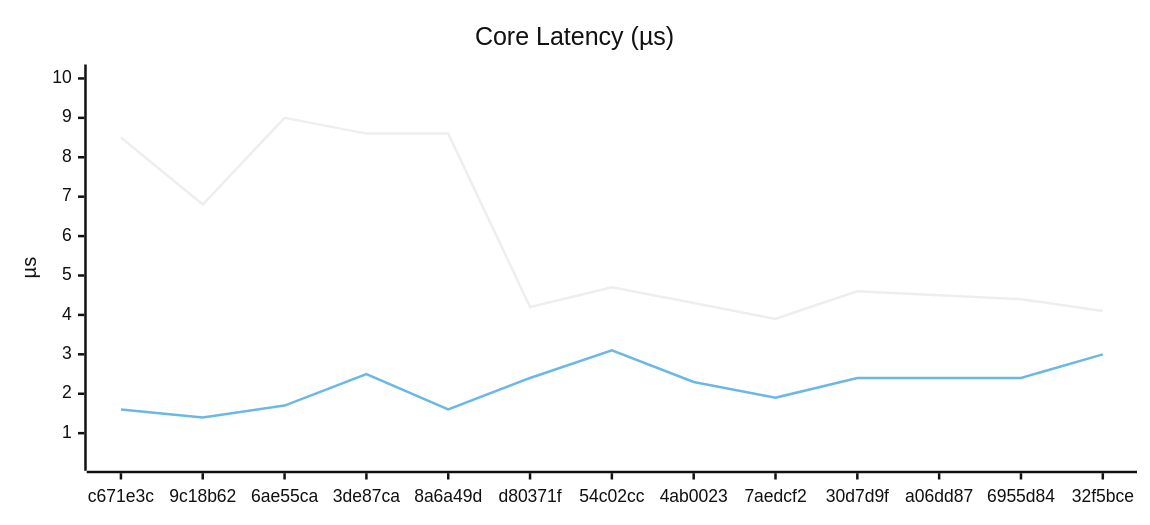
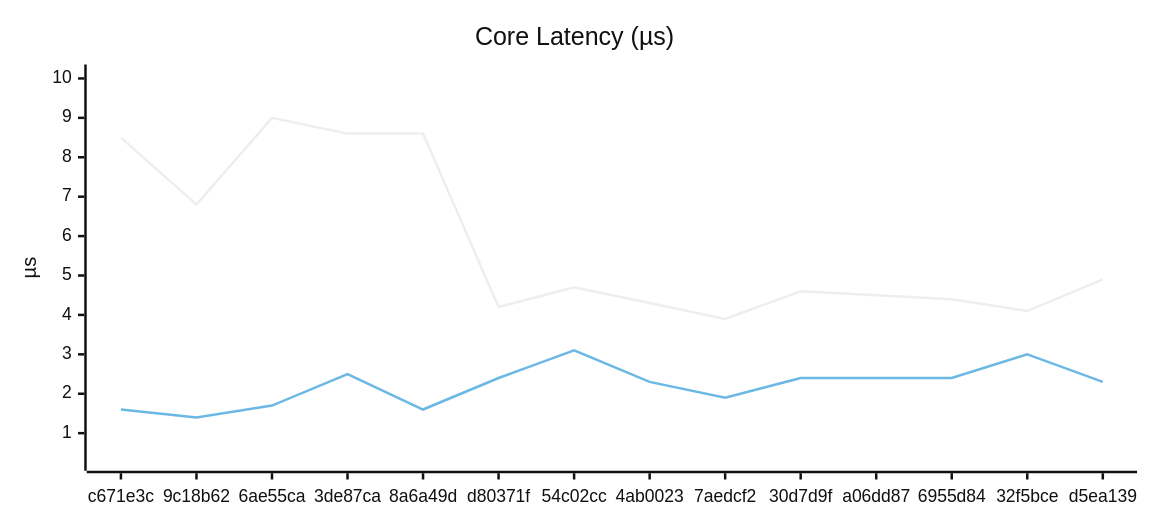
Before and after one commit to Ikolvi/titan: the first of 6 diagrams in docs/BENCHMARKS.md, drawn with Mermaid (neutral theme). The commit also changed other lines of this file, not shown here.

````diff
--- a/docs/BENCHMARKS.md
+++ b/docs/BENCHMARKS.md
@@ -61,15 +62,15 @@
 ```mermaid
 ---
 config:
     xyChart:
         width: 900
         height: 400
         plotColorPalette: "#4e79a7, #f28e2c, #e15759, #76b7b2, #59a14f, #edc949"
 ---
 xychart-beta
     title "Core Latency (µs)"
-    x-axis ["c671e3c", "9c18b62", "6ae55ca", "3de87ca", "8a6a49d", "d80371f", "54c02cc", "4ab0023", "7aedcf2", "30d7d9f", "a06dd87", "6955d84", "32f5bce"]
+    x-axis ["c671e3c", "9c18b62", "6ae55ca", "3de87ca", "8a6a49d", "d80371f", "54c02cc", "4ab0023", "7aedcf2", "30d7d9f", "a06dd87", "6955d84", "32f5bce", "d5ea139"]
     y-axis "µs" 0.3 --> 10.1
-    line [8.5, 6.8, 9.0, 8.6, 8.6, 4.2, 4.7, 4.3, 3.9, 4.6, 4.5, 4.4, 4.1]
-    line [1.6, 1.4, 1.7, 2.5, 1.6, 2.4, 3.1, 2.3, 1.9, 2.4, 2.4, 2.4, 3.0]
+    line [8.5, 6.8, 9.0, 8.6, 8.6, 4.2, 4.7, 4.3, 3.9, 4.6, 4.5, 4.4, 4.1, 4.9]
+    line [1.6, 1.4, 1.7, 2.5, 1.6, 2.4, 3.1, 2.3, 1.9, 2.4, 2.4, 2.4, 3.0, 2.3]
 ```
````
